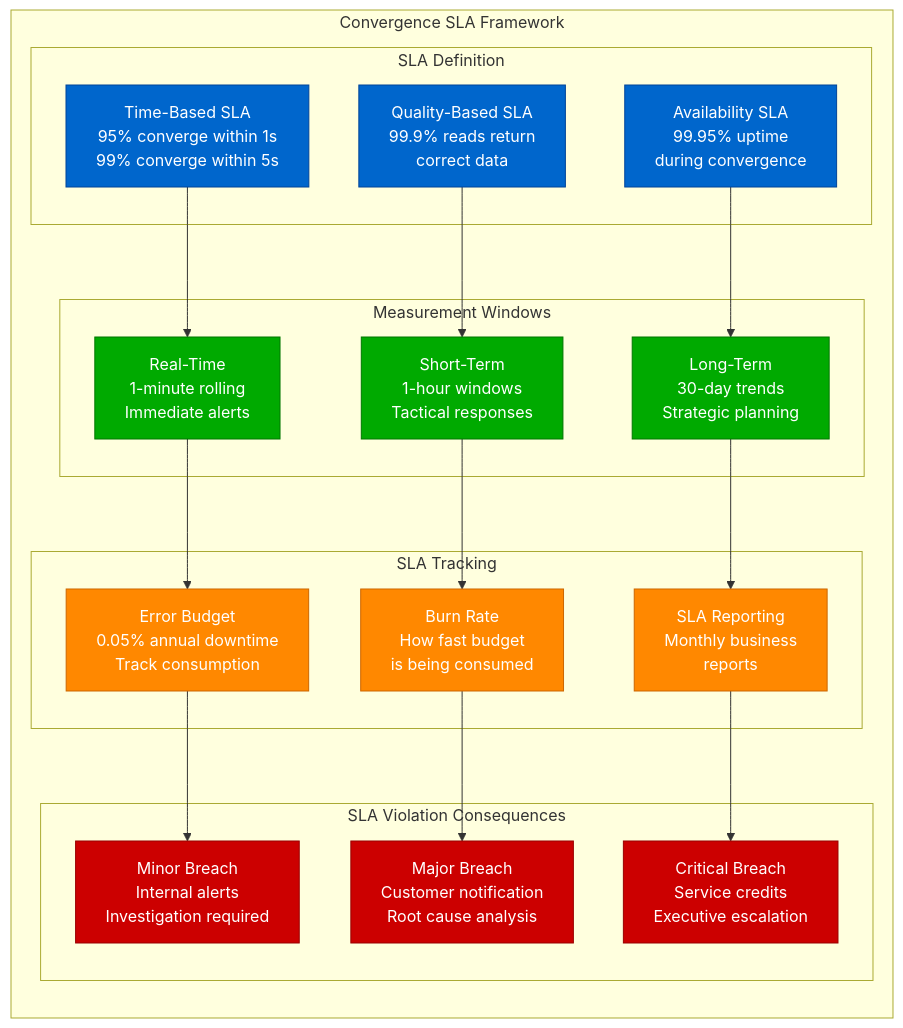
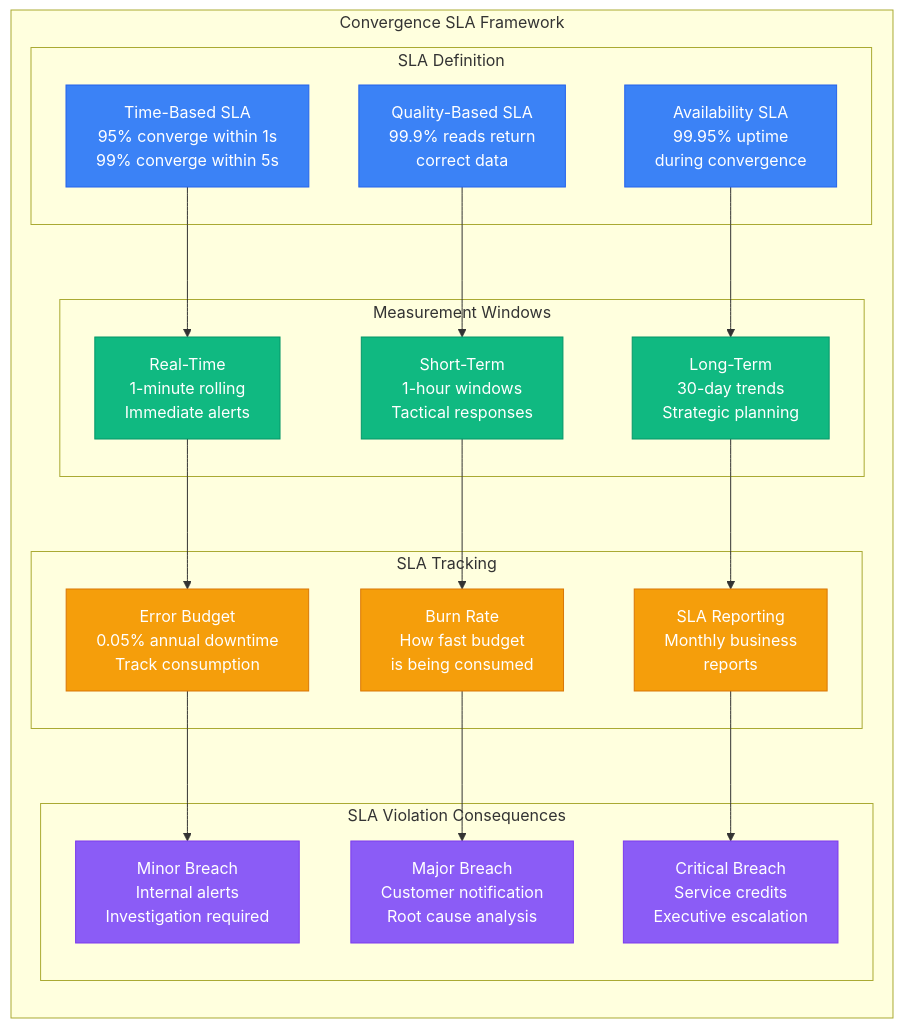
The seventh of 8 diagrams in site/docs/guarantees/eventual-consistency/eventual-consistency-metrics.md (deepaucksharma/DS), drawn with Mermaid before and after one commit. The commit also changed other lines of this file and 303 other files, not shown here.

````diff
--- a/site/docs/guarantees/eventual-consistency/eventual-consistency-metrics.md
+++ b/site/docs/guarantees/eventual-consistency/eventual-consistency-metrics.md
@@ -488,42 +488,42 @@
 ```mermaid
 graph LR
     subgraph SLAFramework[Convergence SLA Framework]
         subgraph SLADefinition[SLA Definition]
             SD1[Time-Based SLA<br/>95% converge within 1s<br/>99% converge within 5s]
             SD2[Quality-Based SLA<br/>99.9% reads return<br/>correct data]
             SD3[Availability SLA<br/>99.95% uptime<br/>during convergence]
         end
 
         subgraph MeasurementWindows[Measurement Windows]
             MW1[Real-Time<br/>1-minute rolling<br/>Immediate alerts]
             MW2[Short-Term<br/>1-hour windows<br/>Tactical responses]
             MW3[Long-Term<br/>30-day trends<br/>Strategic planning]
         end
 
         subgraph SLATracking[SLA Tracking]
             ST1[Error Budget<br/>0.05% annual downtime<br/>Track consumption]
             ST2[Burn Rate<br/>How fast budget<br/>is being consumed]
             ST3[SLA Reporting<br/>Monthly business<br/>reports]
         end
 
         subgraph ConsequenceMatrix[SLA Violation Consequences]
             CM1[Minor Breach<br/>Internal alerts<br/>Investigation required]
             CM2[Major Breach<br/>Customer notification<br/>Root cause analysis]
             CM3[Critical Breach<br/>Service credits<br/>Executive escalation]
         end
     end
 
     SD1 --> MW1 --> ST1 --> CM1
     SD2 --> MW2 --> ST2 --> CM2
     SD3 --> MW3 --> ST3 --> CM3
 
-    classDef slaStyle fill:#0066CC,stroke:#004499,color:#fff
-    classDef measureStyle fill:#00AA00,stroke:#007700,color:#fff
-    classDef trackStyle fill:#FF8800,stroke:#CC6600,color:#fff
-    classDef consequenceStyle fill:#CC0000,stroke:#990000,color:#fff
+    classDef slaStyle fill:#3B82F6,stroke:#2563EB,color:#fff
+    classDef measureStyle fill:#10B981,stroke:#059669,color:#fff
+    classDef trackStyle fill:#F59E0B,stroke:#D97706,color:#fff
+    classDef consequenceStyle fill:#8B5CF6,stroke:#7C3AED,color:#fff
 
     class SD1,SD2,SD3 slaStyle
     class MW1,MW2,MW3 measureStyle
     class ST1,ST2,ST3 trackStyle
     class CM1,CM2,CM3 consequenceStyle
 ```
````
